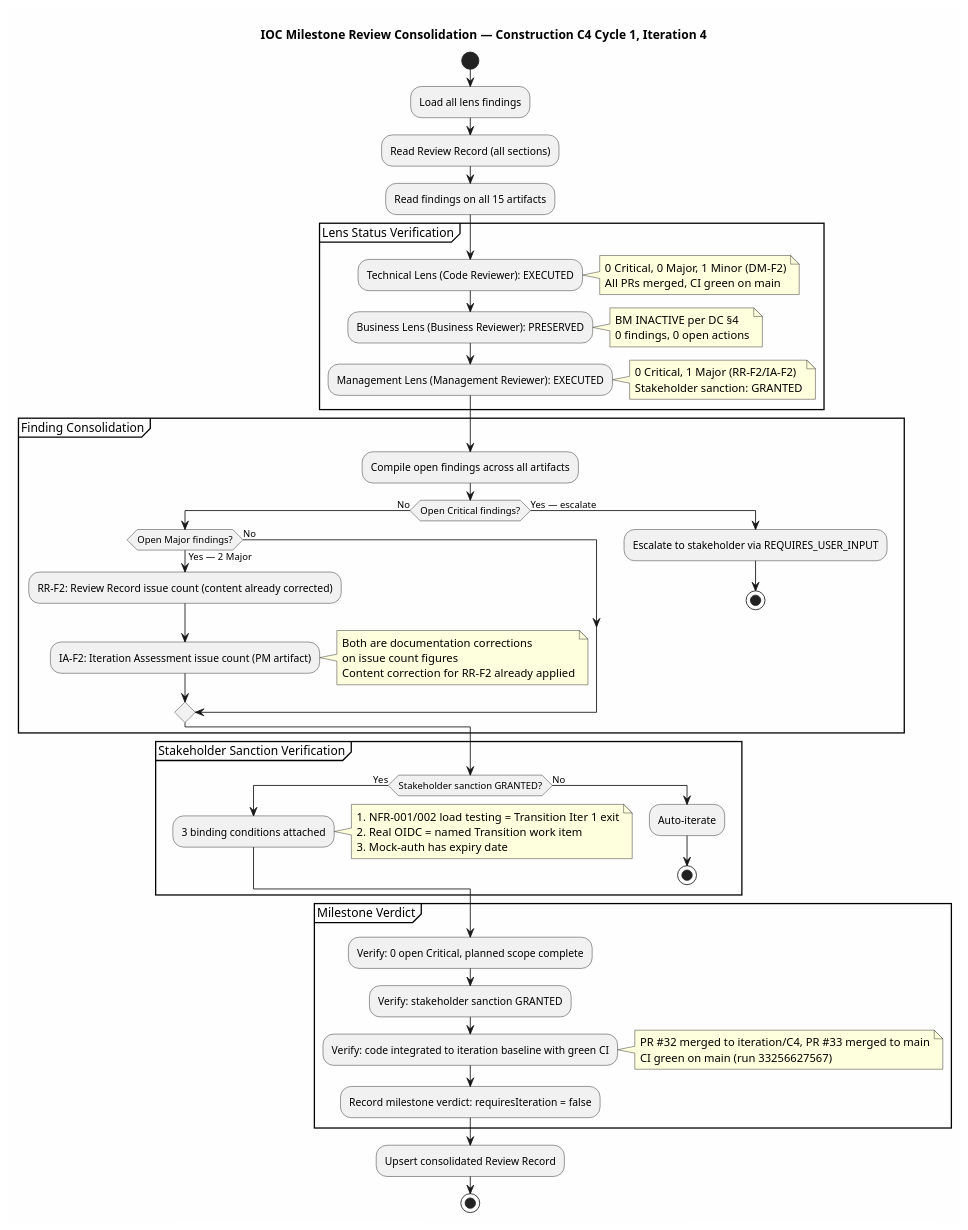
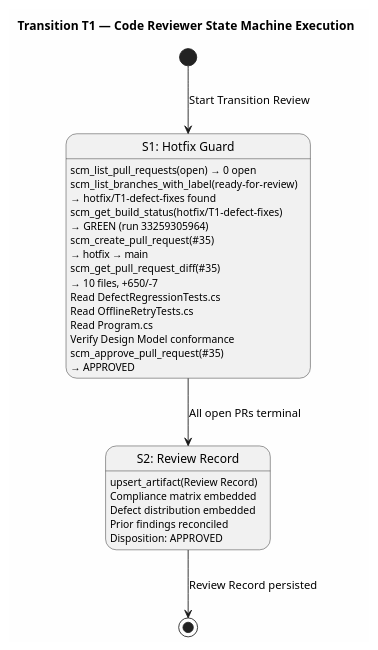
One commit to banense-test/portal-cuba-corp changed the second of 3 diagrams in docs/artifacts/project-management/review-record.md. Above: the diagram before and after it, drawn with PlantUML. The commit also changed other lines of this file, not shown here.

First line of the commit message:
Code Reviewer [T1]: upsert Review Record

````diff
--- a/docs/artifacts/project-management/review-record.md
+++ b/docs/artifacts/project-management/review-record.md
@@ -395,62 +149,41 @@
 ```plantuml
-@startuml
-title IOC Milestone Review Consolidation — Construction C4 Cycle 1, Iteration 4
+@startuml ReviewRecord_T1_ReviewFlow
+title Transition T1 — Code Reviewer State Machine Execution
+
 skinparam backgroundColor #FEFEFE
 skinparam shadowing false
-skinparam activityShape octagon
 
-start
-:Load all lens findings;
-:Read Review Record (all sections);
-:Read findings on all 15 artifacts;
+[*] --> S1 : Start Transition Review
 
-partition "Lens Status Verification" {
-  :Technical Lens (Code Reviewer): EXECUTED;
-  note right: 0 Critical, 0 Major, 1 Minor (DM-F2)\nAll PRs merged, CI green on main
-  :Business Lens (Business Reviewer): PRESERVED;
-  note right: BM INACTIVE per DC §4\n0 findings, 0 open actions
-  :Management Lens (Management Reviewer): EXECUTED;
-  note right: 0 Critical, 1 Major (RR-F2/IA-F2)\nStakeholder sanction: GRANTED
+state "S1: Hotfix Guard" as S1 {
+  S1 : scm_list_pull_requests(open) → 0 open
+  S1 : scm_list_branches_with_label(ready-for-review)
+  S1 : → hotfix/T1-defect-fixes found
+  S1 : scm_get_build_status(hotfix/T1-defect-fixes)
+  S1 : → GREEN (run 33259305964)
+  S1 : scm_create_pull_request(#35)
+  S1 : → hotfix → main
+  S1 : scm_get_pull_request_diff(#35)
+  S1 : → 10 files, +650/-7
+  S1 : Read DefectRegressionTests.cs
+  S1 : Read OfflineRetryTests.cs
+  S1 : Read Program.cs
+  S1 : Verify Design Model conformance
+  S1 : scm_approve_pull_request(#35)
+  S1 : → APPROVED
 }
 
-partition "Finding Consolidation" {
-  :Compile open findings across all artifacts;
-  if (Open Critical findings?) then (No)
-    if (Open Major findings?) then (Yes — 2 Major)
-      :RR-F2: Review Record issue count (content already corrected);
-      :IA-F2: Iteration Assessment issue count (PM artifact);
-      note right: Both are documentation corrections\non issue count figures\nContent correction for RR-F2 already applied
-    else (No)
-    endif
-  else (Yes — escalate)
-    :Escalate to stakeholder via REQUIRES_USER_INPUT;
-    stop
-  endif
+S1 --> S2 : All open PRs terminal
+
+state "S2: Review Record" as S2 {
+  S2 : upsert_artifact(Review Record)
+  S2 : Compliance matrix embedded
+  S2 : Defect distribution embedded
+  S2 : Prior findings reconciled
+  S2 : Disposition: APPROVED
 }
 
-partition "Stakeholder Sanction Verification" {
-  if (Stakeholder sanction GRANTED?) then (Yes)
-    :3 binding conditions attached;
-    note right
-      1. NFR-001/002 load testing = Transition Iter 1 exit
-      2. Real OIDC = named Transition work item
-      3. Mock-auth has expiry date
-    end note
-  else (No)
-    :Auto-iterate;
-    stop
-  endif
-}
+S2 --> [*] : Review Record persisted
 
-partition "Milestone Verdict" {
-  :Verify: 0 open Critical, planned scope complete;
-  :Verify: stakeholder sanction GRANTED;
-  :Verify: code integrated to iteration baseline with green CI;
-  note right: PR #32 merged to iteration/C4, PR #33 merged to main\nCI green on main (run 33256627567)
-  :Record milestone verdict: requiresIteration = false;
-}
-
-:Upsert consolidated Review Record;
-stop
 @enduml
 ```
````
